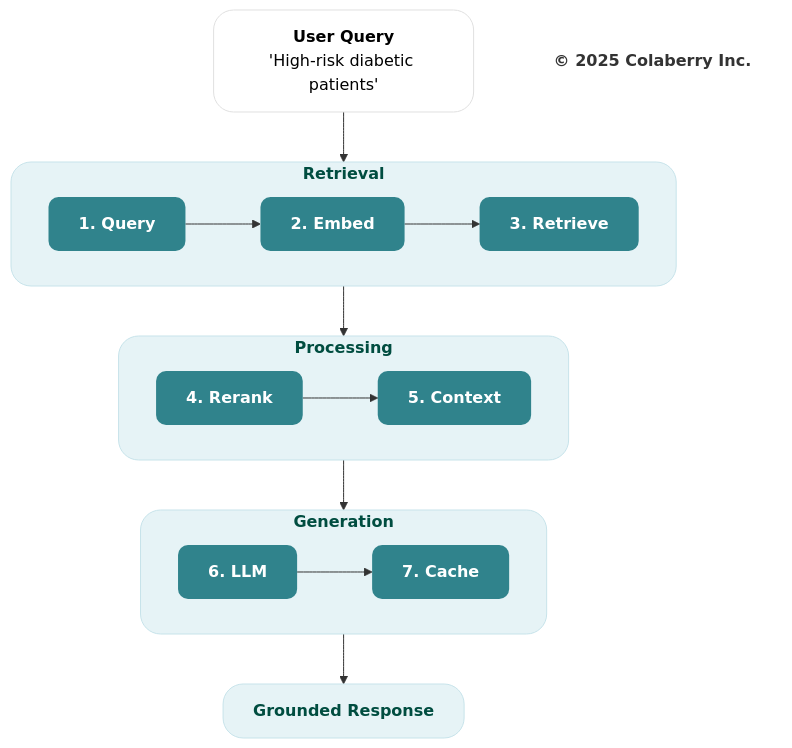
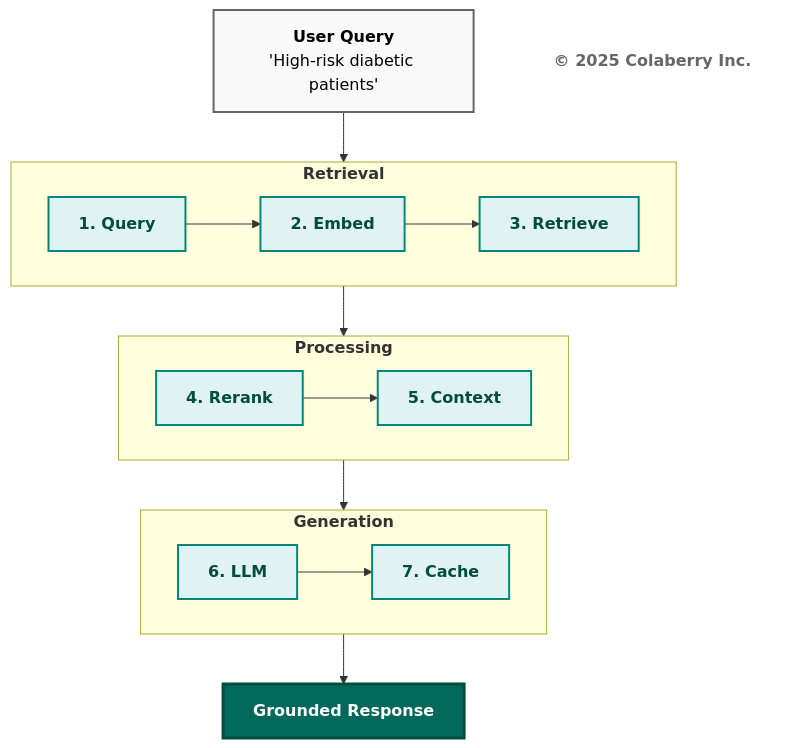
Before and after one commit to saitejesh-cyber/trust-before-intelligence-book: the seventh of 13 diagrams in manuscript/06_chapter_5_intelligence_layers.md, drawn with Mermaid. The commit also changed other lines of this file and 12 other files, not shown here.

Commit message:
Restore legacy Mermaid styles for Option 1

````diff
--- a/manuscript/06_chapter_5_intelligence_layers.md
+++ b/manuscript/06_chapter_5_intelligence_layers.md
@@ -581,42 +573,39 @@
 ```mermaid
 graph TB
     Q["<b>User Query</b><br/>'High-risk diabetic patients'"]
     
     subgraph ROW1["<b>Retrieval</b>"]
         direction LR
         S1["<b>1. Query</b>"] --> S2["<b>2. Embed</b>"] --> S3["<b>3. Retrieve</b>"]
     end
     
     subgraph ROW2["<b>Processing</b>"]
         direction LR
         S4["<b>4. Rerank</b>"] --> S5["<b>5. Context</b>"]
     end
     
     subgraph ROW3["<b>Generation</b>"]
         direction LR
         S6["<b>6. LLM</b>"] --> S7["<b>7. Cache</b>"]
     end
     
     RESULT["<b>Grounded Response</b>"]
     
     Q --> ROW1
     ROW1 --> ROW2
     ROW2 --> ROW3
     ROW3 --> RESULT
     
     Copyright["<b>© 2025 Colaberry Inc.</b>"]
     
-    style Q fill:#ffffff,stroke:#e0e0e0,stroke-width:1px,color:#000000,rx:20,ry:20
-    style S1 fill:#30838C,stroke:none,color:#ffffff,rx:10,ry:10
-    style S2 fill:#30838C,stroke:none,color:#ffffff,rx:10,ry:10
-    style S3 fill:#30838C,stroke:none,color:#ffffff,rx:10,ry:10
-    style S4 fill:#30838C,stroke:none,color:#ffffff,rx:10,ry:10
-    style S5 fill:#30838C,stroke:none,color:#ffffff,rx:10,ry:10
-    style S6 fill:#30838C,stroke:none,color:#ffffff,rx:10,ry:10
-    style S7 fill:#30838C,stroke:none,color:#ffffff,rx:10,ry:10
-    style RESULT fill:#e6f3f6,stroke:#c7e3ea,stroke-width:1px,color:#004d40,rx:20,ry:20
-    style Copyright fill:none,stroke:none,color:#333333
-    style ROW1 fill:#e6f3f6,stroke:#c7e3ea,stroke-width:1px,color:#004d40,rx:20,ry:20
-    style ROW2 fill:#e6f3f6,stroke:#c7e3ea,stroke-width:1px,color:#004d40,rx:20,ry:20
-    style ROW3 fill:#e6f3f6,stroke:#c7e3ea,stroke-width:1px,color:#004d40,rx:20,ry:20
+    style Q fill:#f9f9f9,stroke:#666666,stroke-width:2px,color:#000000
+    style S1 fill:#e0f2f1,stroke:#00897b,stroke-width:2px,color:#004d40
+    style S2 fill:#e0f2f1,stroke:#00897b,stroke-width:2px,color:#004d40
+    style S3 fill:#e0f2f1,stroke:#00897b,stroke-width:2px,color:#004d40
+    style S4 fill:#e0f2f1,stroke:#00897b,stroke-width:2px,color:#004d40
+    style S5 fill:#e0f2f1,stroke:#00897b,stroke-width:2px,color:#004d40
+    style S6 fill:#e0f2f1,stroke:#00897b,stroke-width:2px,color:#004d40
+    style S7 fill:#e0f2f1,stroke:#00897b,stroke-width:2px,color:#004d40
+    style RESULT fill:#00695c,color:#ffffff,stroke:#004d40,stroke-width:3px
+    style Copyright fill:#ffffff,stroke:none,color:#666666
 ```
````
